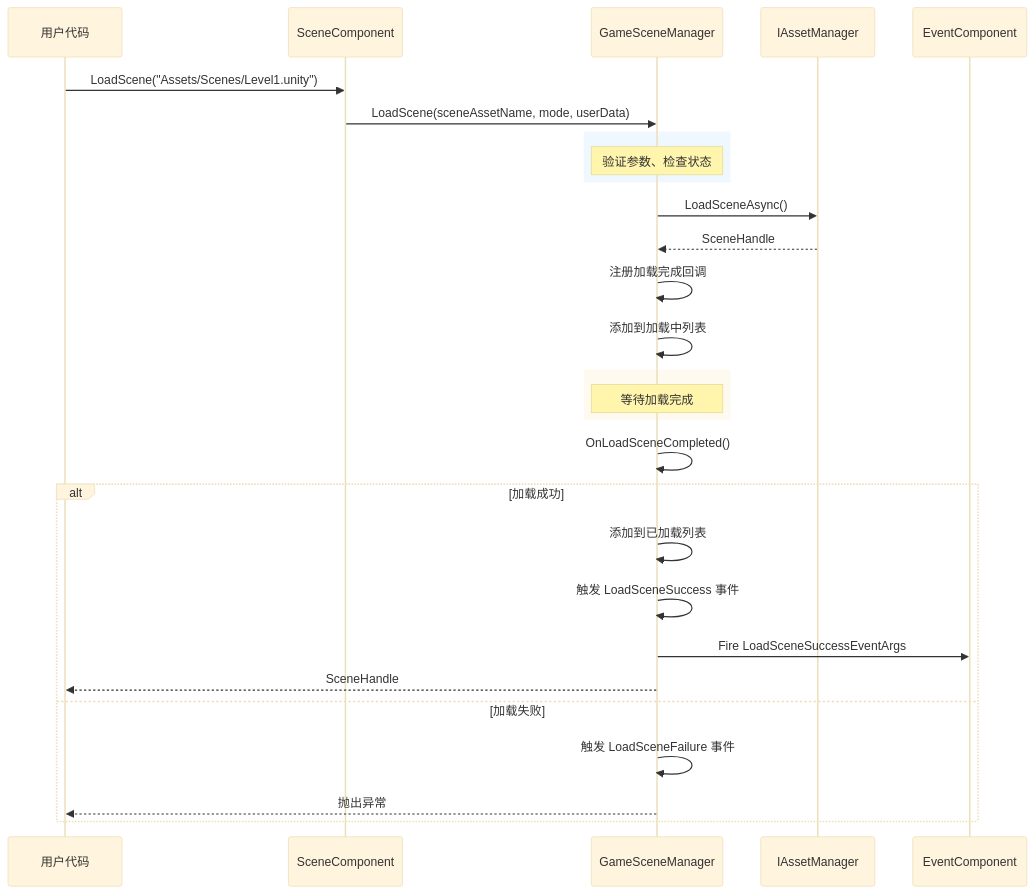
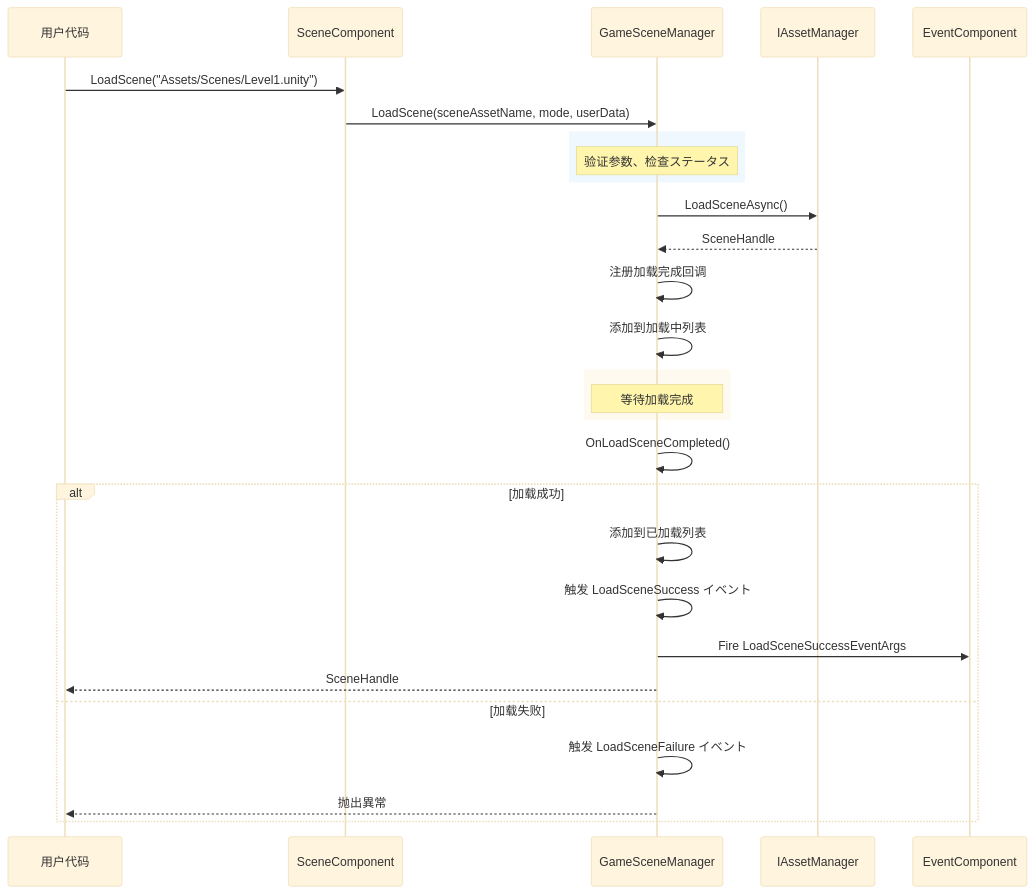
One commit to AlianBlank/GameFrameX.Docs changed the second of 2 diagrams in docs/ja/client/unity/component/scene/03.getting-started.md. Above: the diagram before and after it, drawn with Mermaid (base theme). The commit also changed other lines of this file and 603 other files, not shown here.

````diff
--- a/docs/ja/client/unity/component/scene/03.getting-started.md
+++ b/docs/ja/client/unity/component/scene/03.getting-started.md
@@ -206,37 +206,37 @@
 ```mermaid
 sequenceDiagram
     participant User as 用户代码
     participant SceneComp as SceneComponent
     participant SceneMgr as GameSceneManager
     participant AssetMgr as IAssetManager
     participant Events as EventComponent
 
     User->>SceneComp: LoadScene("Assets/Scenes/Level1.unity")
     SceneComp->>SceneMgr: LoadScene(sceneAssetName, mode, userData)
     
     rect rgb(240, 248, 255)
-        Note over SceneMgr: 验证参数、检查状态
+        Note over SceneMgr: 验证参数、检查ステータス
     end
     
     SceneMgr->>AssetMgr: LoadSceneAsync()
     AssetMgr-->>SceneMgr: SceneHandle
     
     SceneMgr->>SceneMgr: 注册加载完成回调
     SceneMgr->>SceneMgr: 添加到加载中列表
     
     rect rgb(255, 250, 240)
         Note over SceneMgr: 等待加载完成
     end
     
     SceneMgr->>SceneMgr: OnLoadSceneCompleted()
     
     alt 加载成功
         SceneMgr->>SceneMgr: 添加到已加载列表
-        SceneMgr->>SceneMgr: 触发 LoadSceneSuccess 事件
+        SceneMgr->>SceneMgr: 触发 LoadSceneSuccess イベント
         SceneMgr->>Events: Fire LoadSceneSuccessEventArgs
         SceneMgr-->>User: SceneHandle
     else 加载失败
-        SceneMgr->>SceneMgr: 触发 LoadSceneFailure 事件
-        SceneMgr-->>User: 抛出异常
+        SceneMgr->>SceneMgr: 触发 LoadSceneFailure イベント
+        SceneMgr-->>User: 抛出異常
     end
 ```
````
